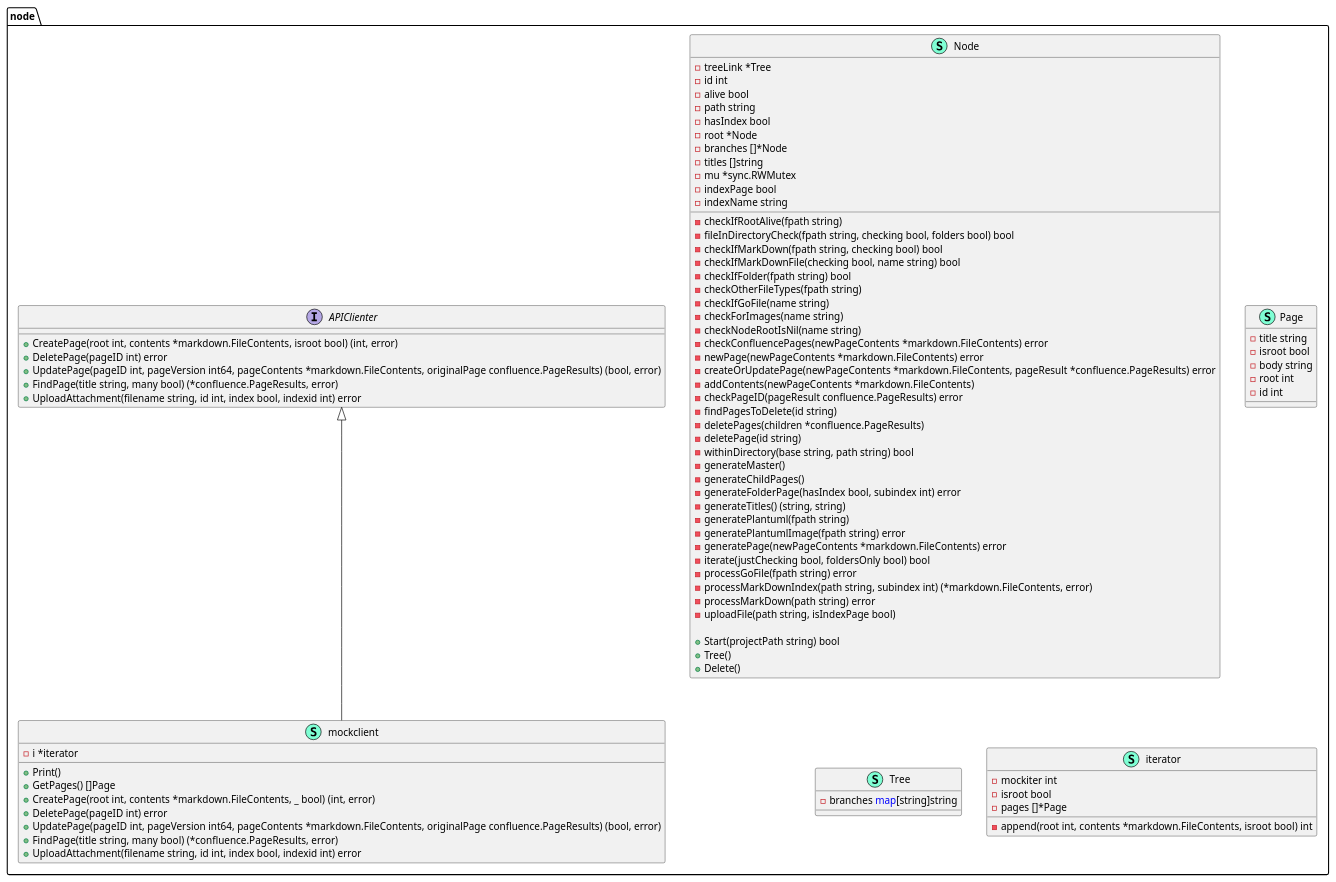
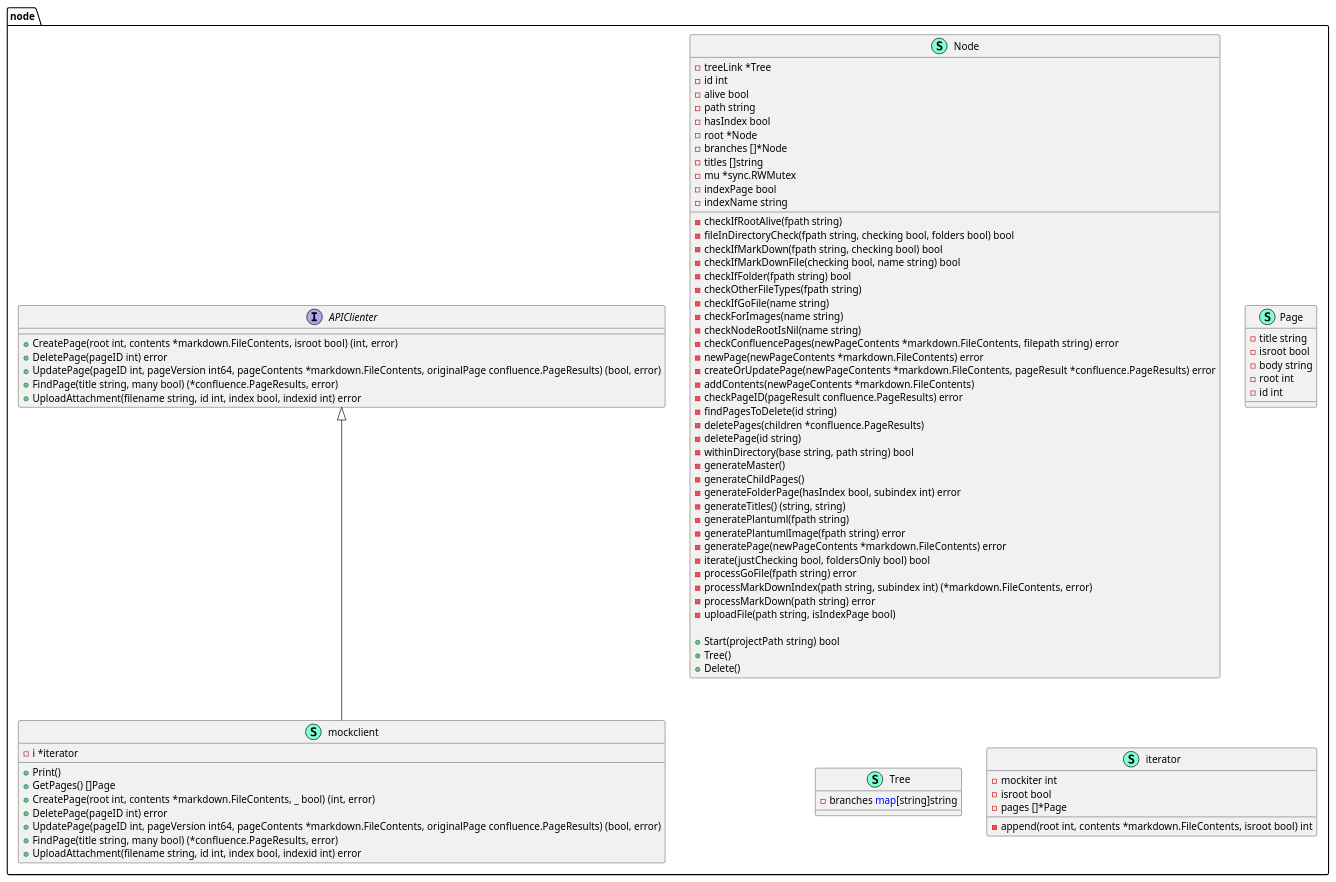
One commit to xiatechs/markdown-to-confluence changed the diagram in node/node-pumldiagram.puml. Above: the diagram before and after it, drawn with PlantUML. The commit also changed 9 other files, not shown here.

```diff
--- a/node/node-pumldiagram.puml
+++ b/node/node-pumldiagram.puml
@@ -1,96 +1,96 @@
 @startuml
 namespace node {
     interface APIClienter  {
         + CreatePage(root int, contents *markdown.FileContents, isroot bool) (int, error)
         + DeletePage(pageID int) error
         + UpdatePage(pageID int, pageVersion int64, pageContents *markdown.FileContents, originalPage confluence.PageResults) (bool, error)
         + FindPage(title string, many bool) (*confluence.PageResults, error)
         + UploadAttachment(filename string, id int, index bool, indexid int) error
 
     }
     class Node << (S,Aquamarine) >> {
         - treeLink *Tree
         - id int
         - alive bool
         - path string
         - hasIndex bool
         - root *Node
         - branches []*Node
         - titles []string
         - mu *sync.RWMutex
         - indexPage bool
         - indexName string
 
         - checkIfRootAlive(fpath string) 
         - fileInDirectoryCheck(fpath string, checking bool, folders bool) bool
         - checkIfMarkDown(fpath string, checking bool) bool
         - checkIfMarkDownFile(checking bool, name string) bool
         - checkIfFolder(fpath string) bool
         - checkOtherFileTypes(fpath string) 
         - checkIfGoFile(name string) 
         - checkForImages(name string) 
         - checkNodeRootIsNil(name string) 
-        - checkConfluencePages(newPageContents *markdown.FileContents) error
+        - checkConfluencePages(newPageContents *markdown.FileContents, filepath string) error
         - newPage(newPageContents *markdown.FileContents) error
         - createOrUpdatePage(newPageContents *markdown.FileContents, pageResult *confluence.PageResults) error
         - addContents(newPageContents *markdown.FileContents) 
         - checkPageID(pageResult confluence.PageResults) error
         - findPagesToDelete(id string) 
         - deletePages(children *confluence.PageResults) 
         - deletePage(id string) 
         - withinDirectory(base string, path string) bool
         - generateMaster() 
         - generateChildPages() 
         - generateFolderPage(hasIndex bool, subindex int) error
         - generateTitles() (string, string)
         - generatePlantuml(fpath string) 
         - generatePlantumlImage(fpath string) error
         - generatePage(newPageContents *markdown.FileContents) error
         - iterate(justChecking bool, foldersOnly bool) bool
         - processGoFile(fpath string) error
         - processMarkDownIndex(path string, subindex int) (*markdown.FileContents, error)
         - processMarkDown(path string) error
         - uploadFile(path string, isIndexPage bool) 
 
         + Start(projectPath string) bool
         + Tree() 
         + Delete() 
 
     }
     class Page << (S,Aquamarine) >> {
         - title string
         - isroot bool
         - body string
         - root int
         - id int
 
     }
     class Tree << (S,Aquamarine) >> {
         - branches <font color=blue>map</font>[string]string
 
     }
     class iterator << (S,Aquamarine) >> {
         - mockiter int
         - isroot bool
         - pages []*Page
 
         - append(root int, contents *markdown.FileContents, isroot bool) int
 
     }
     class mockclient << (S,Aquamarine) >> {
         - i *iterator
 
         + Print() 
         + GetPages() []Page
         + CreatePage(root int, contents *markdown.FileContents, _ bool) (int, error)
         + DeletePage(pageID int) error
         + UpdatePage(pageID int, pageVersion int64, pageContents *markdown.FileContents, originalPage confluence.PageResults) (bool, error)
         + FindPage(title string, many bool) (*confluence.PageResults, error)
         + UploadAttachment(filename string, id int, index bool, indexid int) error
 
     }
 }
 
 "node.APIClienter" <|-- "node.mockclient"
 
 @enduml
```
